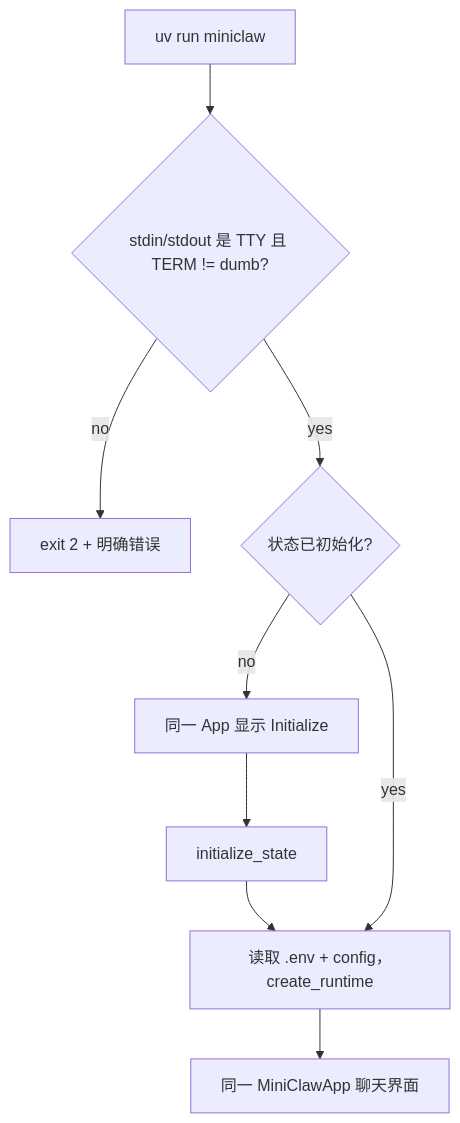
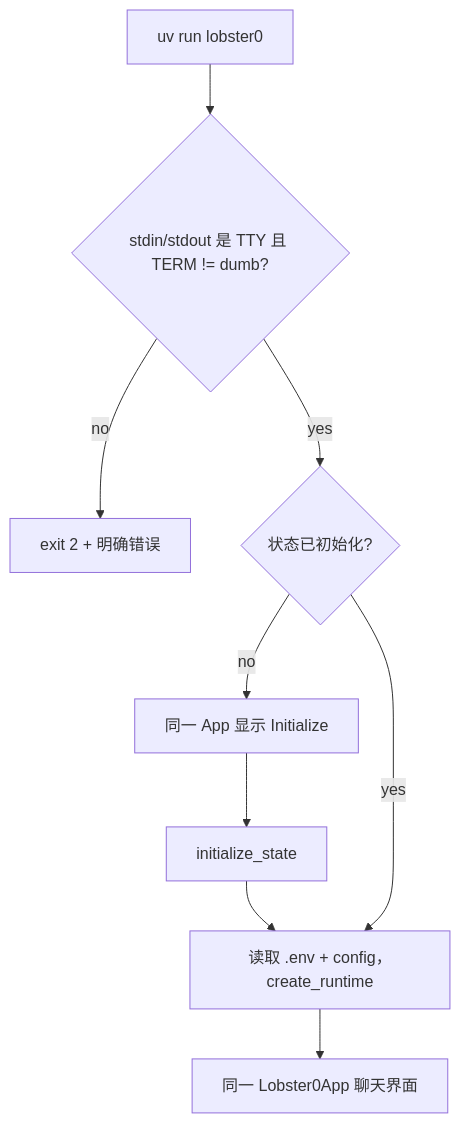
One commit to NEDONION/lobster0 changed the eighth of 8 diagrams in docs/engineering/phase-2/20260808_single-entry-tui.md. Above: the diagram before and after it, drawn with Mermaid. The commit also changed other lines of this file and 221 other files, not shown here.

````diff
--- a/docs/engineering/phase-2/20260808_single-entry-tui.md
+++ b/docs/engineering/phase-2/20260808_single-entry-tui.md
@@ -300,11 +300,11 @@
 ```mermaid
 flowchart TD
-    START["uv run miniclaw"] --> GUARD{"stdin/stdout 是 TTY 且 TERM != dumb?"}
+    START["uv run lobster0"] --> GUARD{"stdin/stdout 是 TTY 且 TERM != dumb?"}
     GUARD -->|no| FAIL["exit 2 + 明确错误"]
     GUARD -->|yes| STATE{"状态已初始化?"}
     STATE -->|no| ONBOARD["同一 App 显示 Initialize"]
     ONBOARD --> INIT["initialize_state"]
     INIT --> LOAD["读取 .env + config，create_runtime"]
     STATE -->|yes| LOAD
-    LOAD --> CHAT["同一 MiniClawApp 聊天界面"]
+    LOAD --> CHAT["同一 Lobster0App 聊天界面"]
 ```
````
